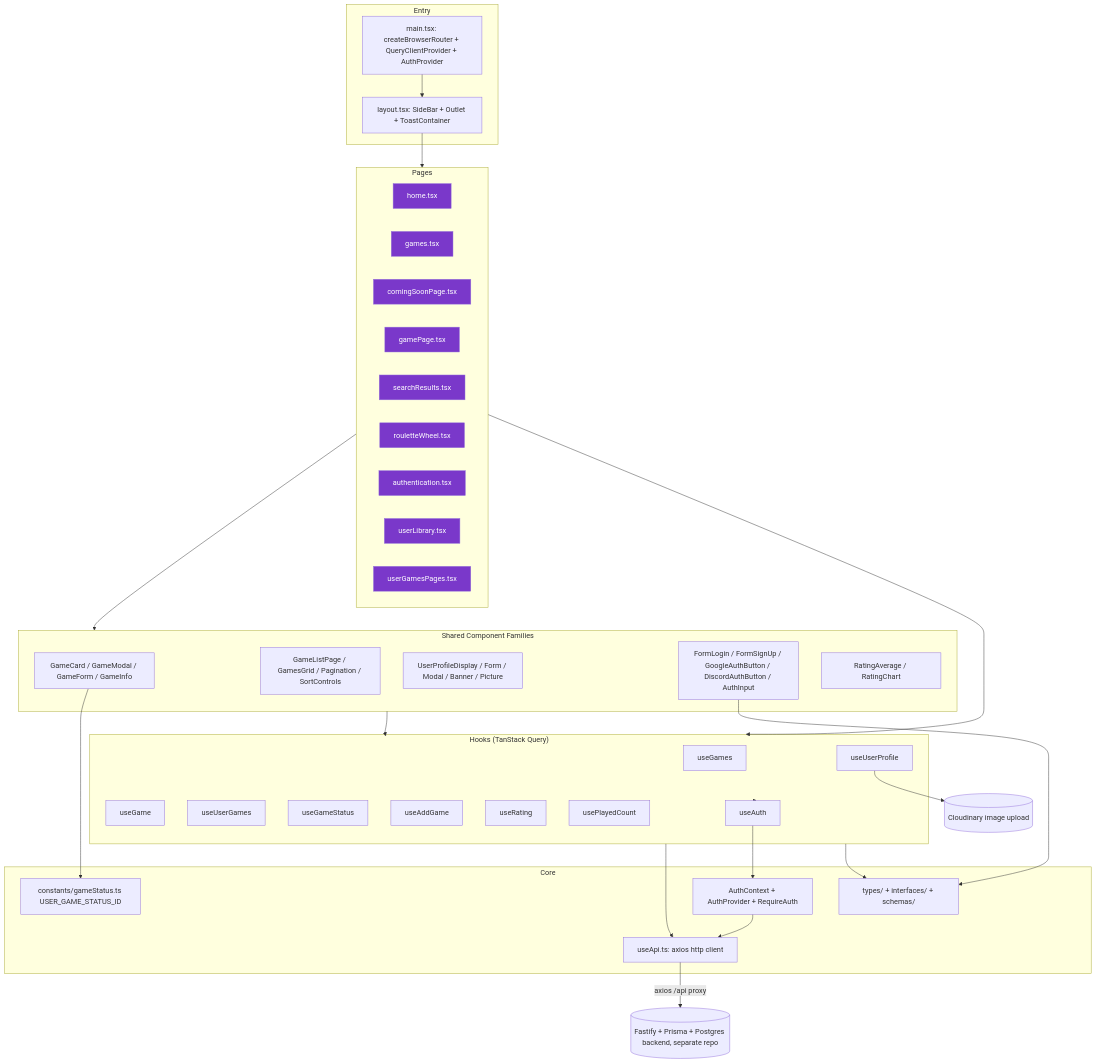
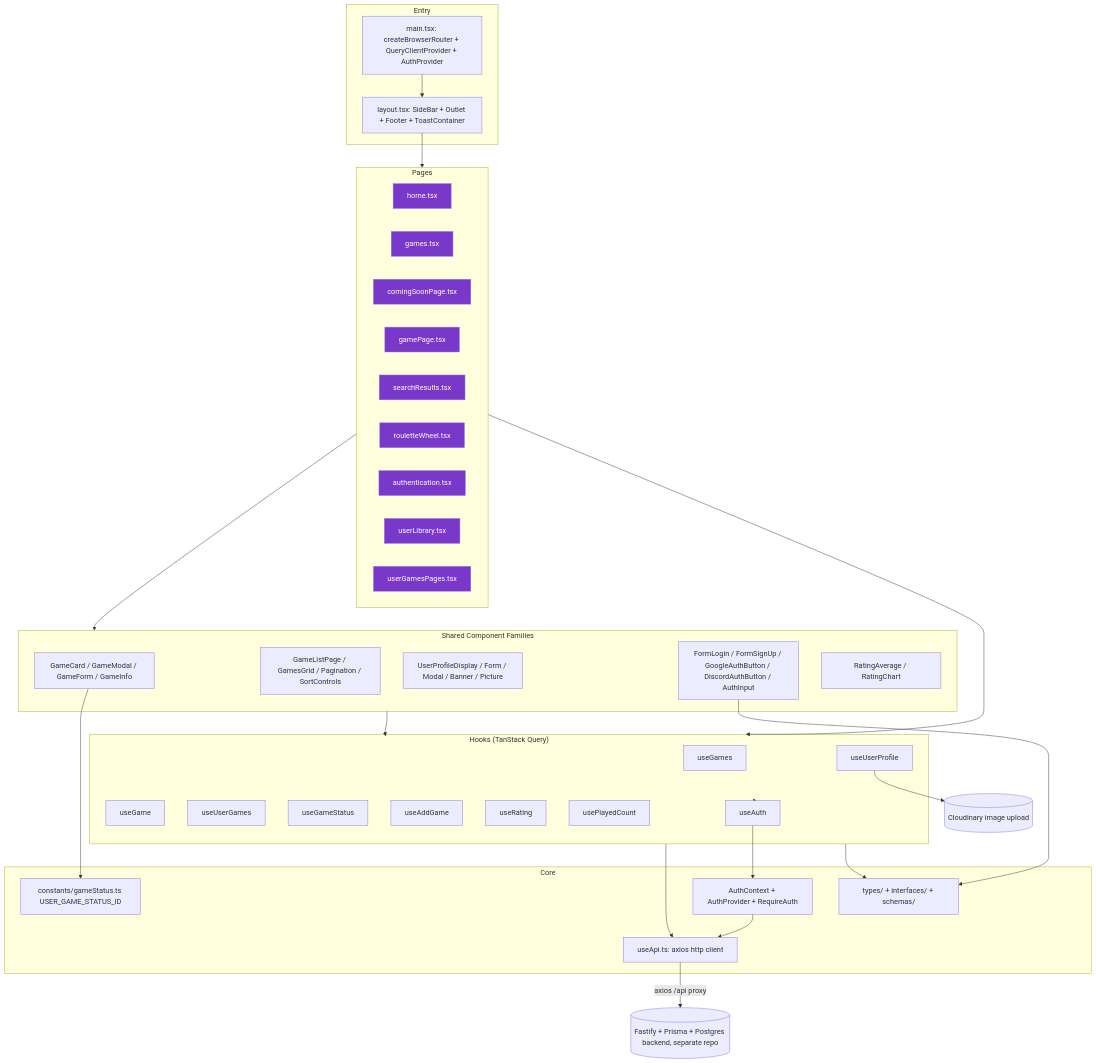
The first of 2 diagrams in docs/CODEBASE_MAP.md (MathQuente/lib-front-end), drawn with Mermaid before and after one commit. The commit also changed other lines of this file and 2 other files, not shown here.

````diff
--- a/docs/CODEBASE_MAP.md
+++ b/docs/CODEBASE_MAP.md
@@ -15,65 +15,65 @@
 ```mermaid
 graph TD
   subgraph Entry
     main[main.tsx: createBrowserRouter + QueryClientProvider + AuthProvider]
-    layout[layout.tsx: SideBar + Outlet + ToastContainer]
+    layout[layout.tsx: SideBar + Outlet + Footer + ToastContainer]
   end
 
   subgraph Pages
     home[home.tsx]
     games[games.tsx]
     comingSoon[comingSoonPage.tsx]
     gamePage[gamePage.tsx]
     search[searchResults.tsx]
     roulette[rouletteWheel.tsx]
     auth[authentication.tsx]
     userLib[userLibrary.tsx]
     userLibStatus[userGamesPages.tsx]
   end
 
   subgraph SharedComponents["Shared Component Families"]
     gameFamily["GameCard / GameModal / GameForm / GameInfo"]
     listFamily["GameListPage / GamesGrid / Pagination / SortControls"]
     userProfileFamily["UserProfileDisplay / Form / Modal / Banner / Picture"]
     authForms["FormLogin / FormSignUp / GoogleAuthButton / DiscordAuthButton / AuthInput"]
     ratingFamily["RatingAverage / RatingChart"]
   end
 
   subgraph Hooks["Hooks (TanStack Query)"]
     useGames_h[useGames]
     useGame_h[useGame]
     useUserGames_h[useUserGames]
     useGameStatus_h[useGameStatus]
     useAddGame_h[useAddGame]
     useRating_h[useRating]
     usePlayedCount_h[usePlayedCount]
     useUserProfile_h[useUserProfile]
     useAuth_h[useAuth]
   end
 
   subgraph Core
     api[useApi.ts: axios http client]
     authCtx[AuthContext + AuthProvider + RequireAuth]
     constants[constants/gameStatus.ts USER_GAME_STATUS_ID]
     types[types/ + interfaces/ + schemas/]
   end
 
   backend[(Fastify + Prisma + Postgres backend, separate repo)]
   cloudinary[(Cloudinary image upload)]
 
   main --> layout --> Pages
   Pages --> SharedComponents
   SharedComponents --> Hooks
   Pages --> Hooks
   Hooks --> api
   Hooks --> useAuth_h --> authCtx
   authCtx --> api
   api -->|axios /api proxy| backend
   useUserProfile_h --> cloudinary
   gameFamily --> constants
   authForms --> types
   Hooks --> types
 
   classDef page fill:#7A38CA,color:#fff;
   class home,games,comingSoon,gamePage,search,roulette,auth,userLib,userLibStatus page;
 ```
````
